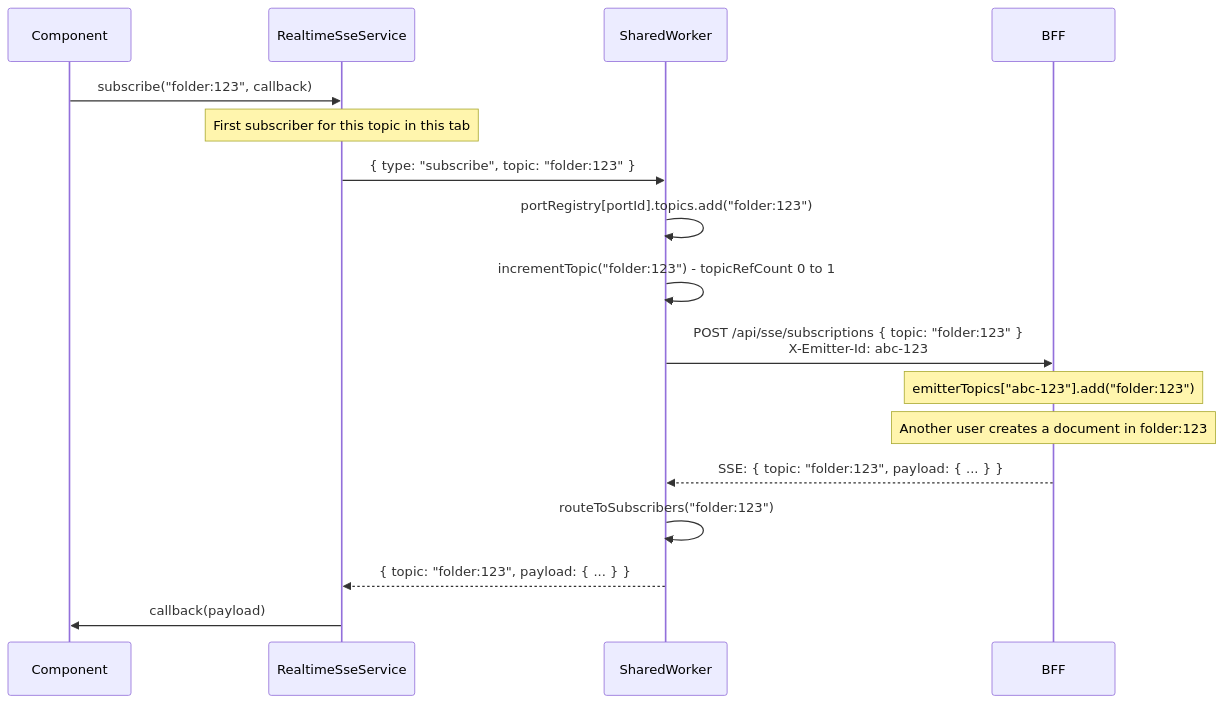
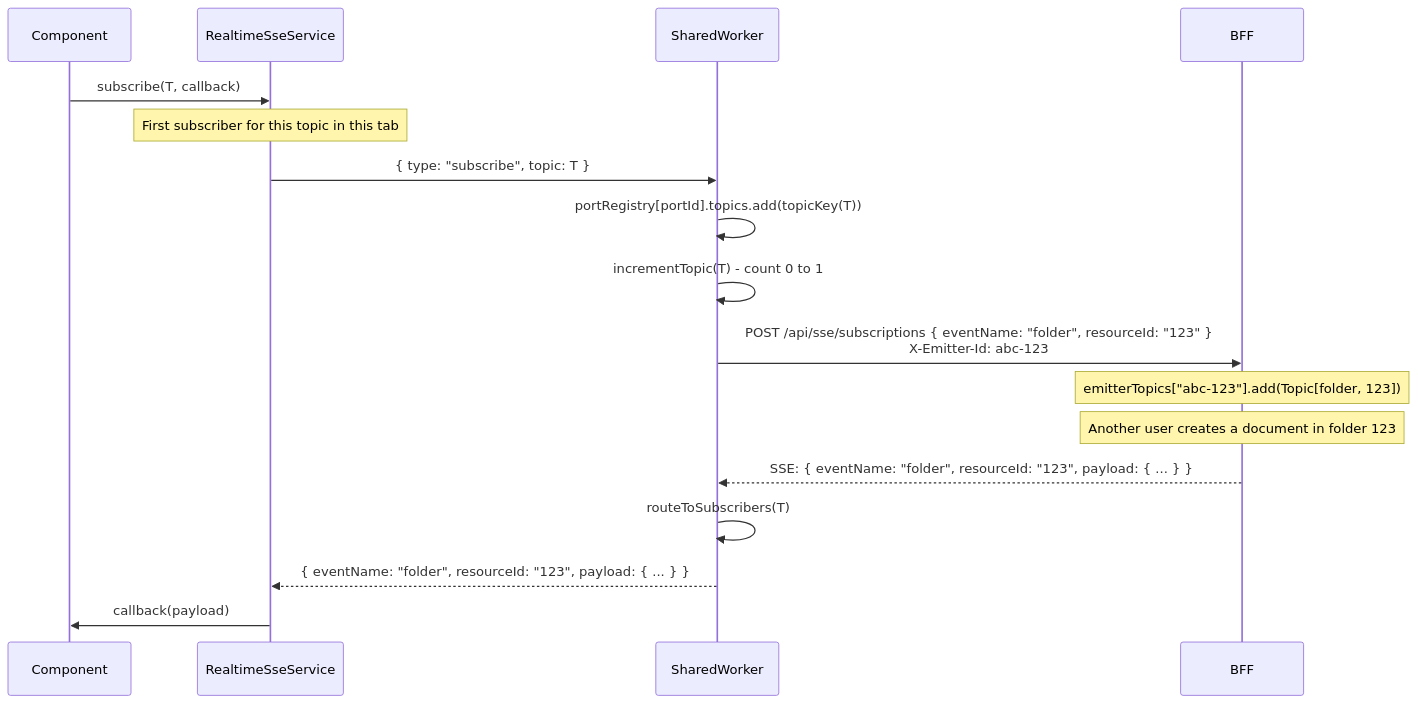
Before and after one commit to iarroyo/sse-demo: the third of 7 diagrams in SSE-DIAGRAMS.md, drawn with Mermaid. The commit also changed other lines of this file and 3 other files, not shown here.

First line of the commit message:
docs: correct README and SSE architecture docs

````diff
--- a/SSE-DIAGRAMS.md
+++ b/SSE-DIAGRAMS.md
@@ -72,21 +75,21 @@
 ```mermaid
 sequenceDiagram
     participant Comp as Component
     participant Service as RealtimeSseService
     participant Worker as SharedWorker
     participant Server as BFF
 
-    Comp->>Service: subscribe("folder:123", callback)
+    Comp->>Service: subscribe(T, callback)
     Note over Service: First subscriber for this topic in this tab
-    Service->>Worker: { type: "subscribe", topic: "folder:123" }
-    Worker->>Worker: portRegistry[portId].topics.add("folder:123")
-    Worker->>Worker: incrementTopic("folder:123") - topicRefCount 0 to 1
-    Worker->>Server: POST /api/sse/subscriptions { topic: "folder:123" }<br/>X-Emitter-Id: abc-123
-    Note over Server: emitterTopics["abc-123"].add("folder:123")
+    Service->>Worker: { type: "subscribe", topic: T }
+    Worker->>Worker: portRegistry[portId].topics.add(topicKey(T))
+    Worker->>Worker: incrementTopic(T) - count 0 to 1
+    Worker->>Server: POST /api/sse/subscriptions { eventName: "folder", resourceId: "123" }<br/>X-Emitter-Id: abc-123
+    Note over Server: emitterTopics["abc-123"].add(Topic[folder, 123])
 
-    Note over Server: Another user creates a document in folder:123
-    Server-->>Worker: SSE: { topic: "folder:123", payload: { ... } }
-    Worker->>Worker: routeToSubscribers("folder:123")
-    Worker-->>Service: { topic: "folder:123", payload: { ... } }
+    Note over Server: Another user creates a document in folder 123
+    Server-->>Worker: SSE: { eventName: "folder", resourceId: "123", payload: { ... } }
+    Worker->>Worker: routeToSubscribers(T)
+    Worker-->>Service: { eventName: "folder", resourceId: "123", payload: { ... } }
     Service->>Comp: callback(payload)
 ```
````
